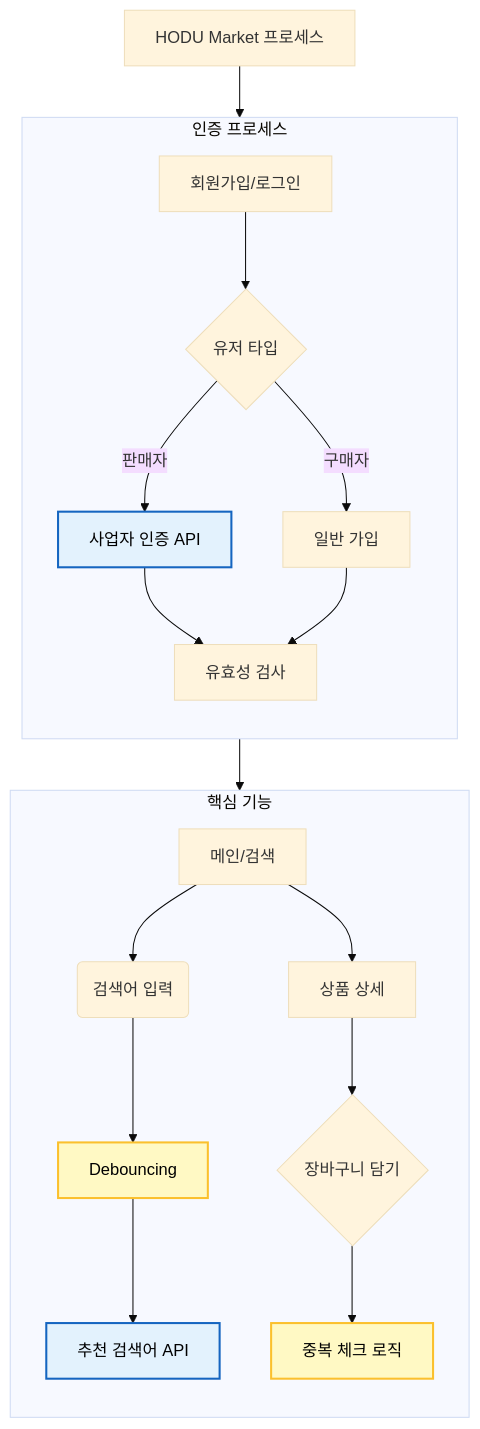
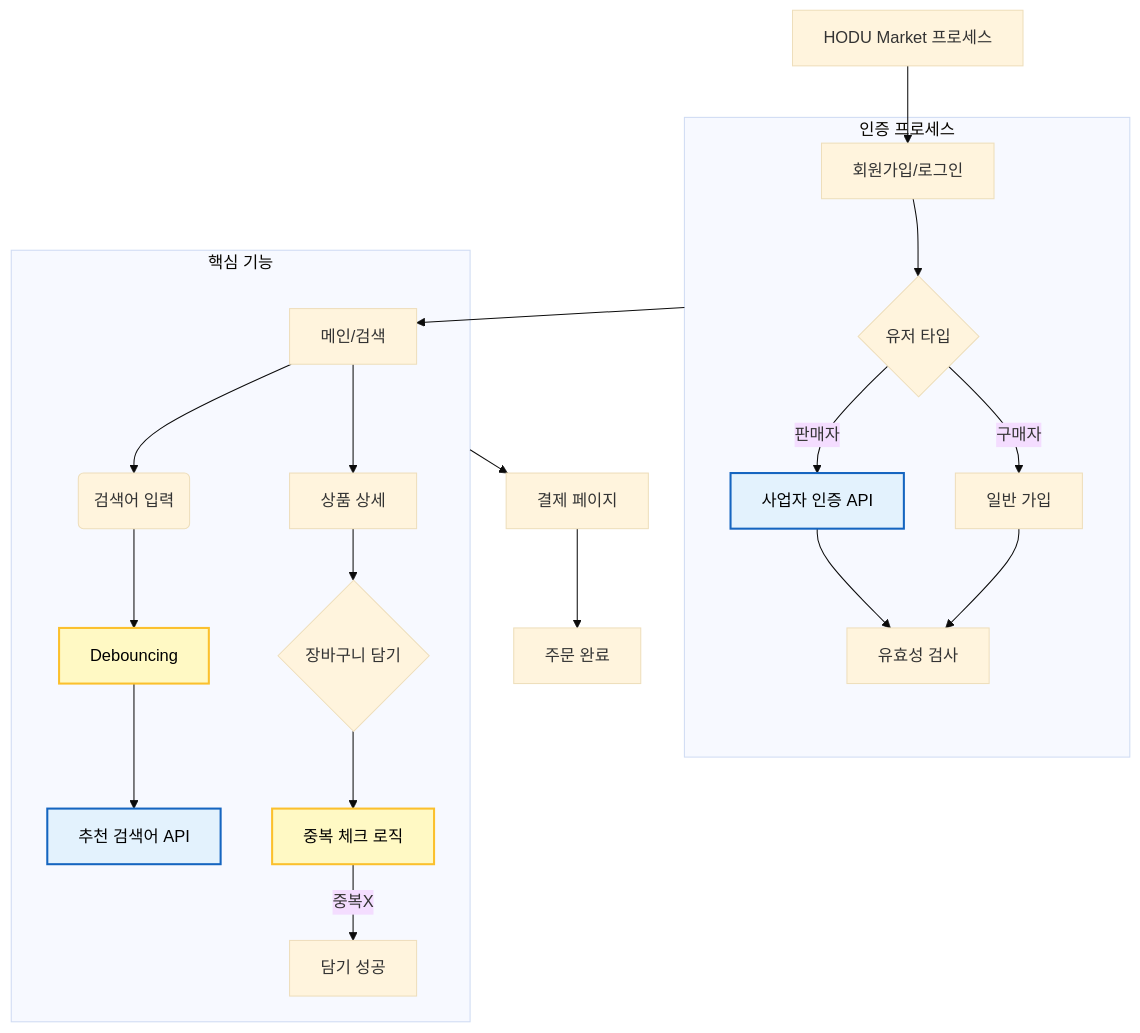
Before and after one commit to DongmyeongBack/openMarket: the first of 2 diagrams in README.md, drawn with Mermaid (base theme).

Commit message:
flowchart 가로로

````diff
--- a/README.md
+++ b/README.md
@@ -8,31 +8,31 @@
 ```mermaid
     flowchart TD
         %% 스타일 정의
         classDef api fill:#e3f2fd,stroke:#1565c0,stroke-width:2px,color:black;
         classDef logic fill:#fff9c4,stroke:#fbc02d,stroke-width:2px,color:black;
 
         Root[HODU Market 프로세스] --> Auth[회원가입/로그인]
         
         subgraph Auth_Logic [인증 프로세스]
-            direction TB
             Auth --> A1{유저 타입}
             A1 -- 판매자 --> A2[사업자 인증 API]:::api
             A1 -- 구매자 --> A3[일반 가입]
             A2 & A3 --> A4[유효성 검사]
         end
 
-        %% [수정 포인트 1] 서브그래프 이름 대신 마지막 노드(A4)를 연결
-        A4 --> Main[메인/검색]
+        Auth_Logic --> Main[메인/검색]
         
         subgraph Core_Features [핵심 기능]
-            direction TB
             Main --> S1(검색어 입력)
             S1 --> S2[Debouncing]:::logic
             S2 --> S3[추천 검색어 API]:::api
             
             Main --> P1[상품 상세]
             P1 --> P2{장바구니 담기}
             P2 --> P3[중복 체크 로직]:::logic
-        end 
-        %% [수정 포인트 2] 여기에 end를 꼭 넣어주세요!
+            P3 -- 중복X --> P4[담기 성공]
+        end
+
+        Core_Features --> Pay[결제 페이지]
+        Pay --> Final[주문 완료]
 ```
````
